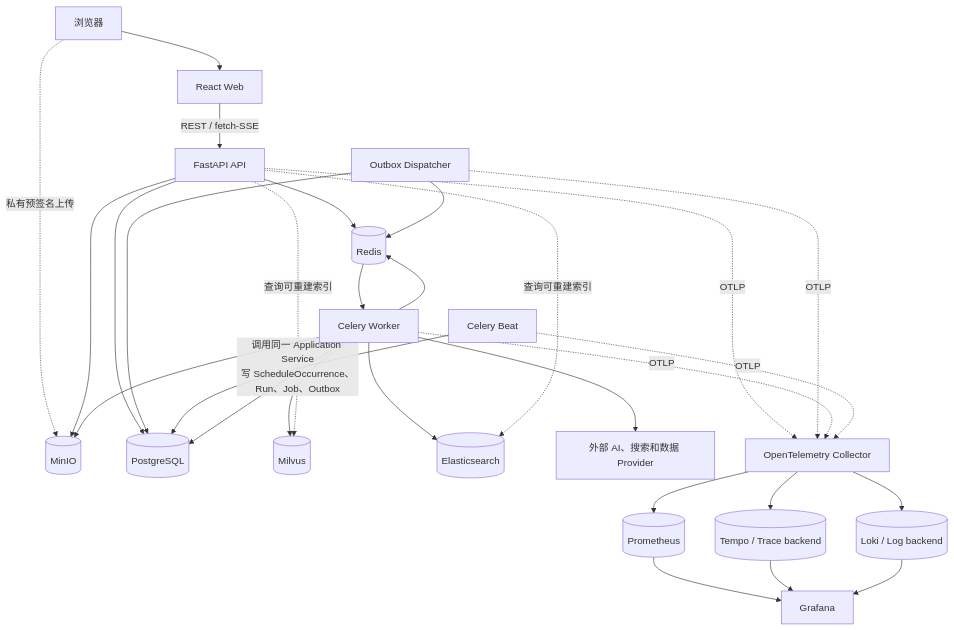
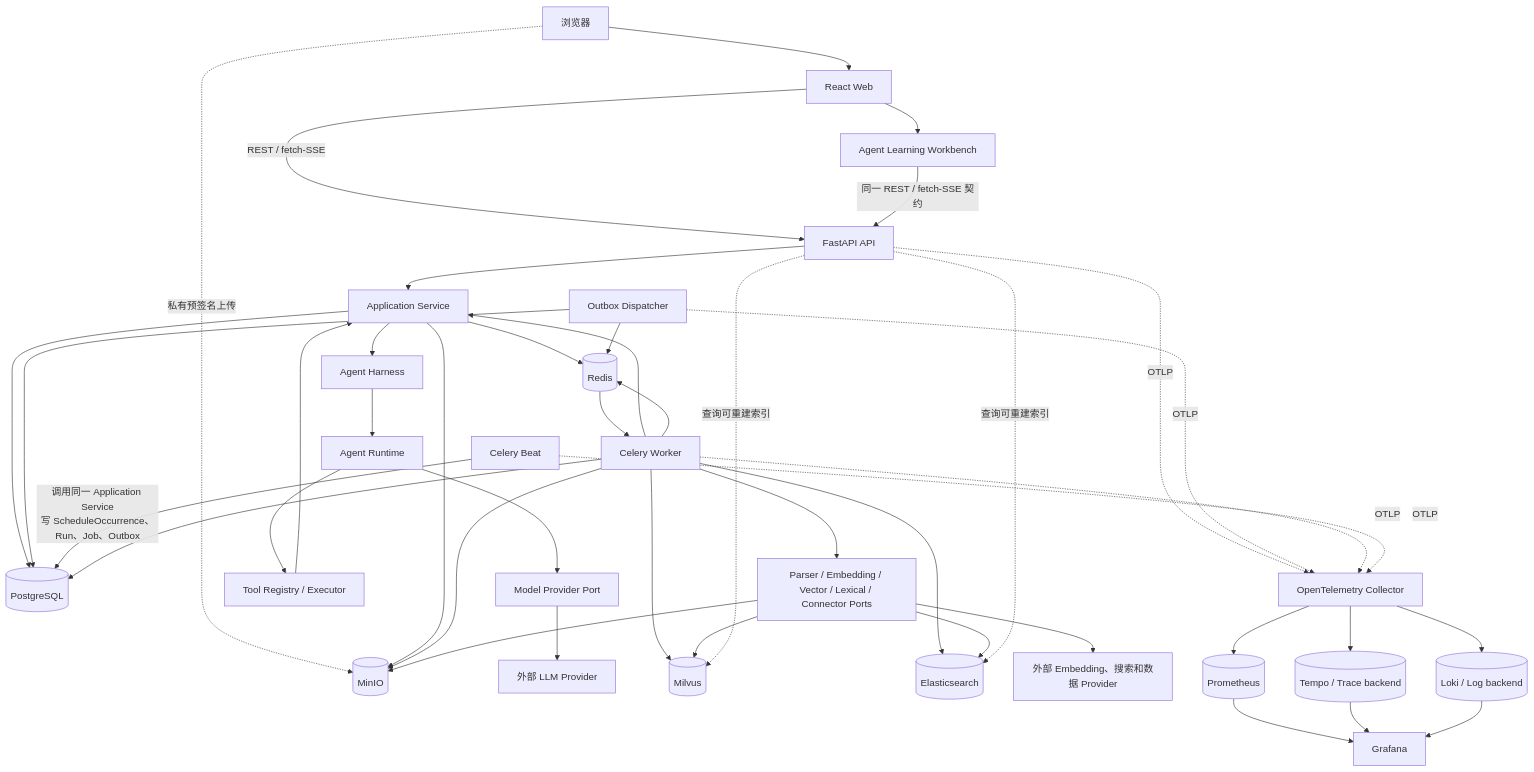
The diagram in docs/architecture.md (hrw991009/sec-filing-verification-agent), drawn with Mermaid before and after one commit. The commit also changed other lines of this file and 12 other files, not shown here.

````diff
--- a/docs/architecture.md
+++ b/docs/architecture.md
@@ -61,38 +64,53 @@
 ```mermaid
 flowchart TB
   Browser[浏览器] --> Web[React Web]
   Web -->|REST / fetch-SSE| API[FastAPI API]
+  Web --> Workbench[Agent Learning Workbench]
+  Workbench -->|同一 REST / fetch-SSE 契约| API
 
   Browser -. 私有预签名上传 .-> MinIO[(MinIO)]
 
-  API --> PostgreSQL[(PostgreSQL)]
-  API --> Redis[(Redis)]
-  API --> MinIO
+  API --> App[Application Service]
+  Worker[Celery Worker] --> App
+  App --> PostgreSQL[(PostgreSQL)]
+  App --> Redis[(Redis)]
+  App --> MinIO
+
+  App --> Harness[Agent Harness]
+  Harness --> Runtime[Agent Runtime]
+  Runtime --> ModelPort[Model Provider Port]
+  Runtime --> ToolExecutor[Tool Registry / Executor]
+  ToolExecutor --> App
+  ModelPort --> Providers[外部 LLM Provider]
 
   Dispatcher[Outbox Dispatcher] --> PostgreSQL
   Dispatcher --> Redis
 
   Beat[Celery Beat] -->|调用同一 Application Service<br/>写 ScheduleOccurrence、Run、Job、Outbox| PostgreSQL
-  Redis --> Worker[Celery Worker]
+  Redis --> Worker
 
   Worker --> PostgreSQL
   Worker --> Redis
   Worker --> MinIO
   Worker --> Milvus[(Milvus)]
   Worker --> Elasticsearch[(Elasticsearch)]
-  Worker --> Providers[外部 AI、搜索和数据 Provider]
+  Worker --> AdapterPorts[Parser / Embedding / Vector / Lexical / Connector Ports]
+  AdapterPorts --> ProvidersAll[外部 Embedding、搜索和数据 Provider]
+  AdapterPorts --> Milvus
+  AdapterPorts --> Elasticsearch
+  AdapterPorts --> MinIO
 
   API -. 查询可重建索引 .-> Milvus
   API -. 查询可重建索引 .-> Elasticsearch
 
   API -. OTLP .-> OTel[OpenTelemetry Collector]
   Dispatcher -. OTLP .-> OTel
   Worker -. OTLP .-> OTel
   Beat -. OTLP .-> OTel
   OTel --> Prometheus[(Prometheus)]
   OTel --> Traces[(Tempo / Trace backend)]
   OTel --> Logs[(Loki / Log backend)]
   Prometheus --> Grafana[Grafana]
   Traces --> Grafana
   Logs --> Grafana
 ```
````
